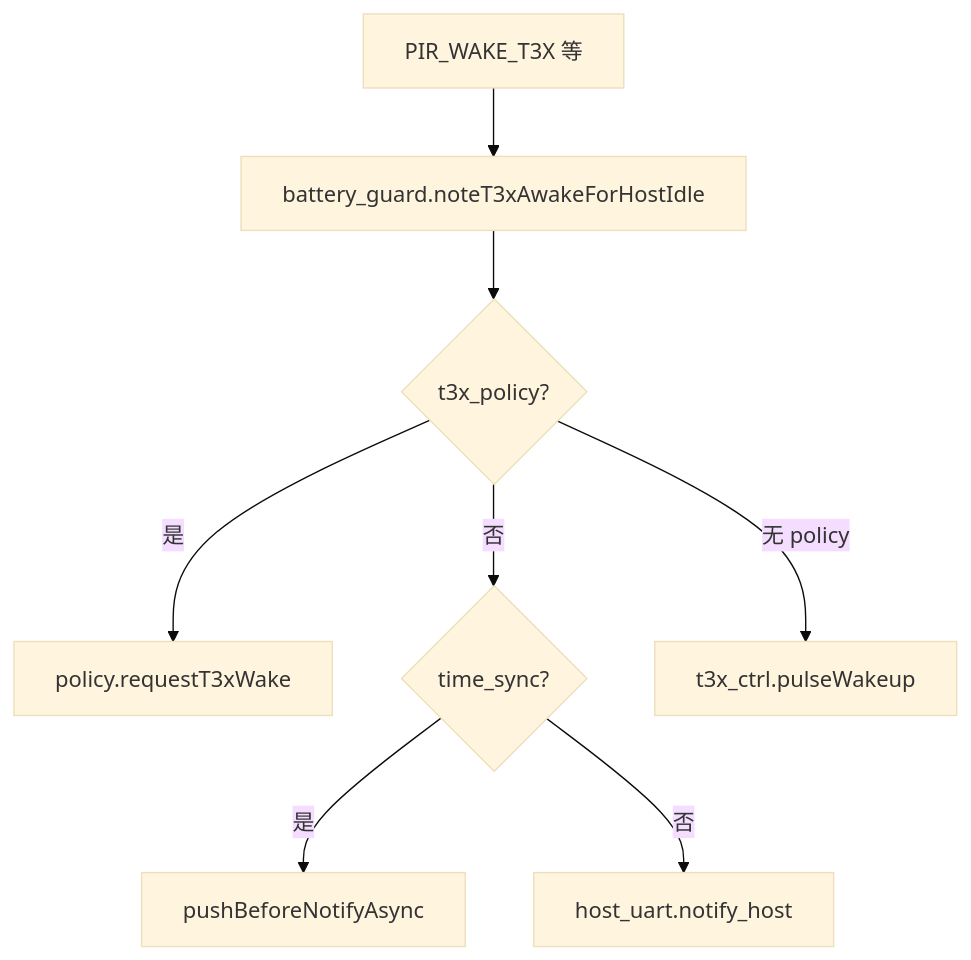
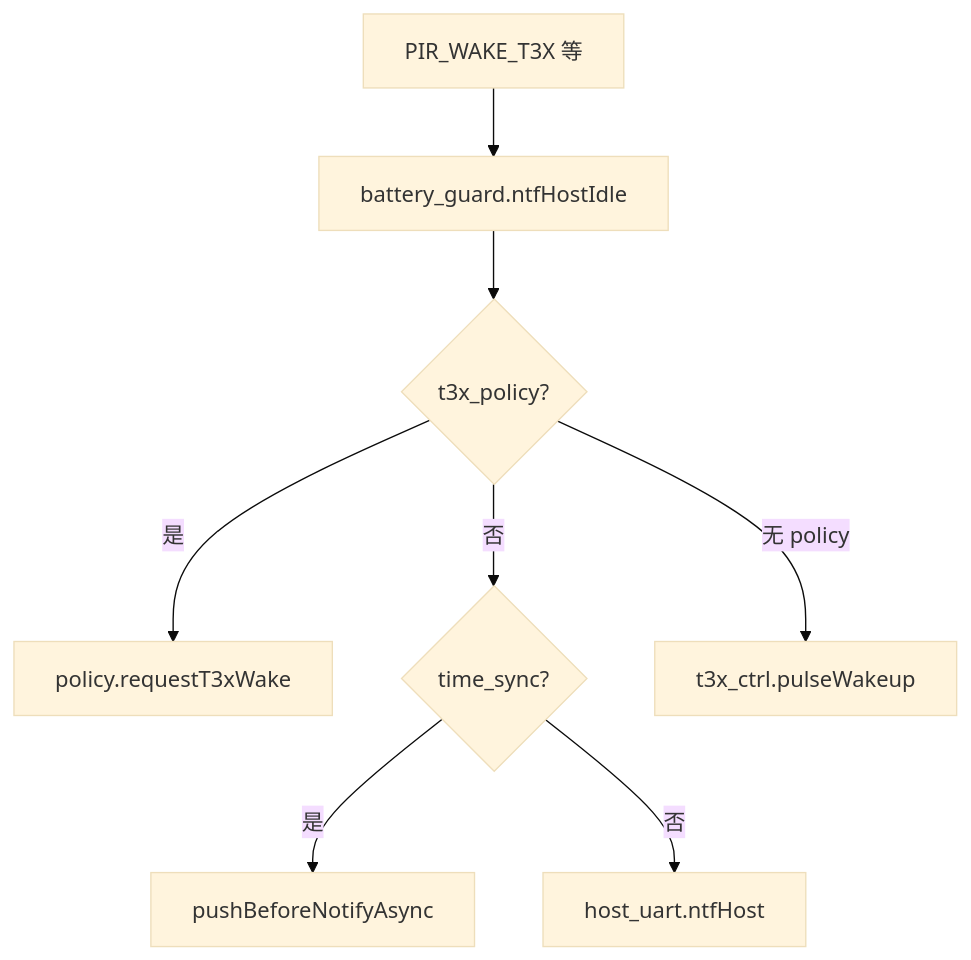
One commit to dzr1986/AIR780EHM changed the diagram in doc/modules/APP_EVENT_BUS.md. Above: the diagram before and after it, drawn with Mermaid (base theme). The commit also changed other lines of this file and 84 other files, not shown here.

````diff
--- a/doc/modules/APP_EVENT_BUS.md
+++ b/doc/modules/APP_EVENT_BUS.md
@@ -62,10 +62,10 @@
 ```mermaid
 flowchart TD
-    P[PIR_WAKE_T3X 等] --> N[battery_guard.noteT3xAwakeForHostIdle]
+    P[PIR_WAKE_T3X 等] --> N[battery_guard.ntfHostIdle]
     N --> POL{t3x_policy?}
     POL -->|是| PW[policy.requestT3xWake]
     POL -->|否| TS{time_sync?}
     TS -->|是| PUSH[pushBeforeNotifyAsync]
-    TS -->|否| HU[host_uart.notify_host]
+    TS -->|否| HU[host_uart.ntfHost]
     POL -->|无 policy| GPIO[t3x_ctrl.pulseWakeup]
 ```
````
